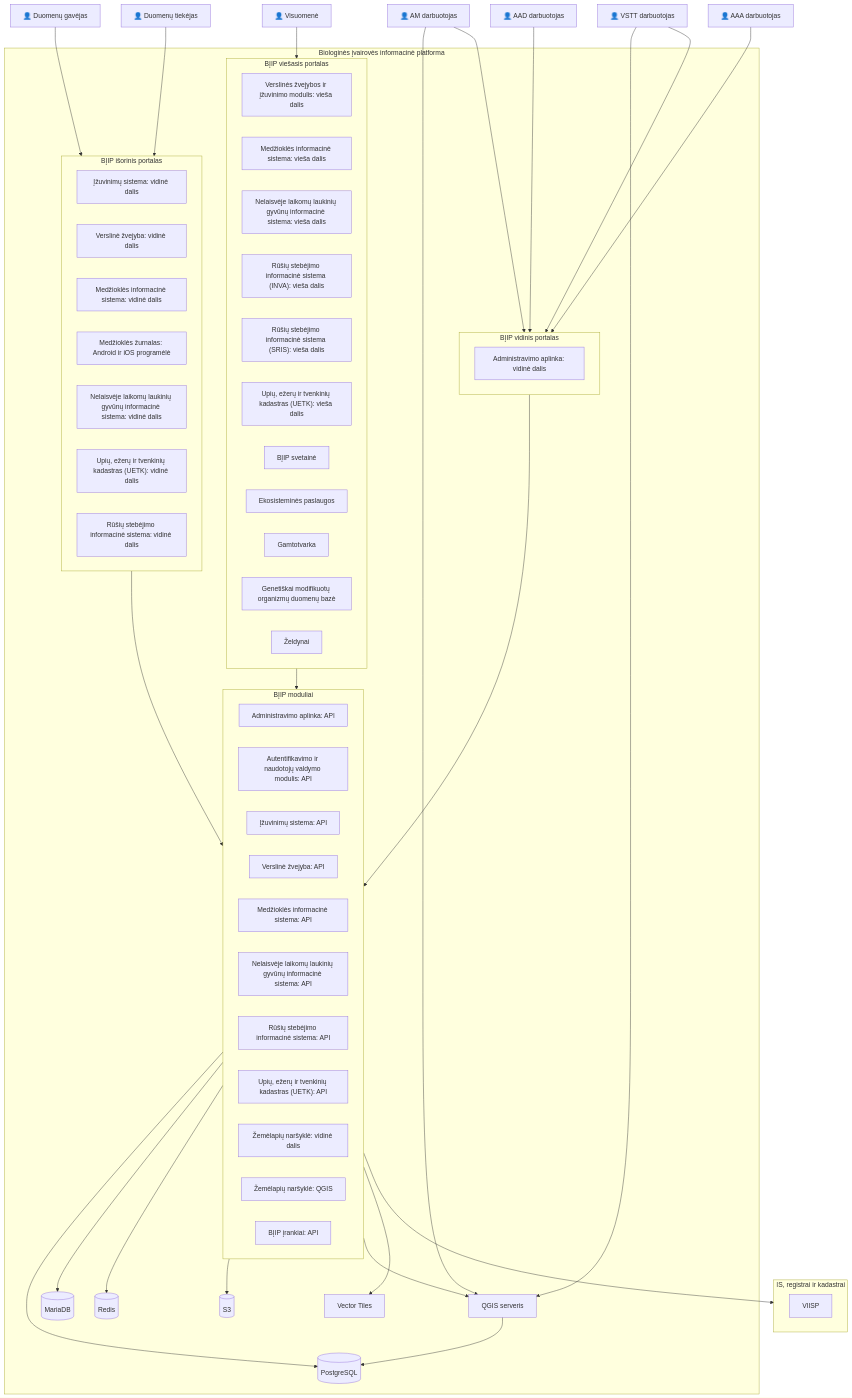
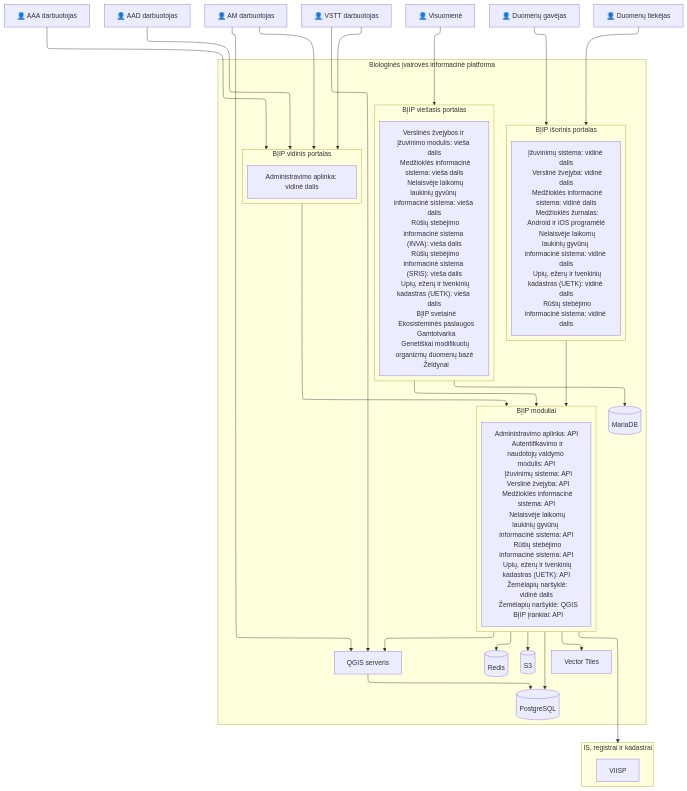
The diagram in src/schema.md (AplinkosMinisterija/biip-docs), drawn with Mermaid before and after one commit.

Commit message:
changing layout..

````diff
--- a/src/schema.md
+++ b/src/schema.md
@@ -1,10 +1,10 @@
 ```mermaid
-graph
+flowchart-elk
 
+aaa["👤 AAA darbuotojas"]
+aad["👤 AAD darbuotojas"]
 am["👤 AM darbuotojas"]
 vstt["👤 VSTT darbuotojas"]
-aaa["👤 AAA darbuotojas"]
-aad["👤 AAD darbuotojas"]
 visuomene["👤 Visuomenė"]
 tiekejas["👤 Duomenų gavėjas"]
 gavejas["👤 Duomenų tiekėjas"]
@@ -15,41 +15,41 @@
 end
 
 subgraph web["BĮIP išorinis portalas"]
-  biip_zuvinimas_web["Įžuvinimų sistema: vidinė dalis"]
-  biip_zvejyba_web["Verslinė žvejyba: vidinė dalis"]
-  biip_medziokle_web["Medžioklės informacinė sistema: vidinė dalis"]
-  biip_medziokle_mobile["Medžioklės žurnalas: Android ir iOS programėlė"]
-  biip_gyvunai_web["Nelaisvėje laikomų laukinių gyvūnų informacinė sistema: vidinė dalis"]
-  biip_uetk_web["Upių, ežerų ir tvenkinių kadastras (UETK): vidinė dalis"]
-  biip_rusys_web["Rūšių stebėjimo informacinė sistema: vidinė dalis"]
+  all_web["Įžuvinimų sistema: vidinė dalis
+  Verslinė žvejyba: vidinė dalis
+  Medžioklės informacinė sistema: vidinė dalis
+  Medžioklės žurnalas: Android ir iOS programėlė
+  Nelaisvėje laikomų laukinių gyvūnų informacinė sistema: vidinė dalis
+  Upių, ežerų ir tvenkinių kadastras (UETK): vidinė dalis
+  Rūšių stebėjimo informacinė sistema: vidinė dalis"]
 end
 
 subgraph public["BĮIP viešasis portalas"]
-  biip_zuvys_public["Verslinės žvejybos ir įžuvinimo modulis: vieša dalis"]
-  biip_medziokle_public["Medžioklės informacinė sistema: vieša dalis"]
-  biip_gyvunai_public["Nelaisvėje laikomų laukinių gyvūnų informacinė sistema: vieša dalis"]
-  biip_inva_public["Rūšių stebėjimo informacinė sistema (INVA): vieša dalis"]
-  biip_sris_public["Rūšių stebėjimo informacinė sistema (SRIS): vieša dalis"]
-  biip_uetk_public["Upių, ežerų ir tvenkinių kadastras (UETK): vieša dalis"]
-  biip_public["BĮIP svetainė"]
-  biip_ekosistemos_public["Ekosisteminės paslaugos"]
-  biip_gamtotvarka_public["Gamtotvarka"]
-  biip_gmo_public["Genetiškai modifikuotų organizmų duomenų bazė"]
-  biip_zeldynai_public["Želdynai"]
+  all_public["Verslinės žvejybos ir įžuvinimo modulis: vieša dalis
+  Medžioklės informacinė sistema: vieša dalis
+  Nelaisvėje laikomų laukinių gyvūnų informacinė sistema: vieša dalis
+  Rūšių stebėjimo informacinė sistema (INVA): vieša dalis
+  Rūšių stebėjimo informacinė sistema (SRIS): vieša dalis
+  Upių, ežerų ir tvenkinių kadastras (UETK): vieša dalis
+  BĮIP svetainė
+  Ekosisteminės paslaugos
+  Gamtotvarka
+  Genetiškai modifikuotų organizmų duomenų bazė
+  Želdynai"]
 end
 
 subgraph api["BĮIP moduliai"]
-  biip_admin_api["Administravimo aplinka: API"]
-  biip_auth_api["Autentifikavimo ir naudotojų valdymo modulis: API"]
-  biip_zuvinimas_api["Įžuvinimų sistema: API"]
-  biip_zvejyba_api["Verslinė žvejyba: API"]
-  biip_medziokle_api["Medžioklės informacinė sistema: API"]
-  biip_gyvunai_api["Nelaisvėje laikomų laukinių gyvūnų informacinė sistema: API"]
-  biip_rusys_api["Rūšių stebėjimo informacinė sistema: API"]
-  biip_uetk_api["Upių, ežerų ir tvenkinių kadastras (UETK): API"]
-  biip_maps_web["Žemėlapių naršyklė: vidinė dalis"]
-  biip_qgis_server["Žemėlapių naršyklė: QGIS"]
-  biip_tools["BĮIP įrankiai: API"]
+  all_api["Administravimo aplinka: API
+  Autentifikavimo ir naudotojų valdymo modulis: API
+  Įžuvinimų sistema: API
+  Verslinė žvejyba: API
+  Medžioklės informacinė sistema: API
+  Nelaisvėje laikomų laukinių gyvūnų informacinė sistema: API
+  Rūšių stebėjimo informacinė sistema: API
+  Upių, ežerų ir tvenkinių kadastras (UETK): API
+  Žemėlapių naršyklė: vidinė dalis
+  Žemėlapių naršyklė: QGIS
+  BĮIP įrankiai: API"]
 end
 
 postgresql[("PostgreSQL")]
@@ -86,7 +86,7 @@
 gavejas --> web
 
 api --> postgresql
-api --> mariadb
+public --> mariadb
 api --> redis
 api --> s3
 api --> qgis
````
